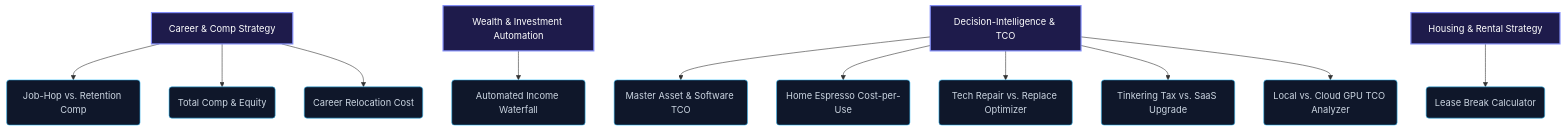
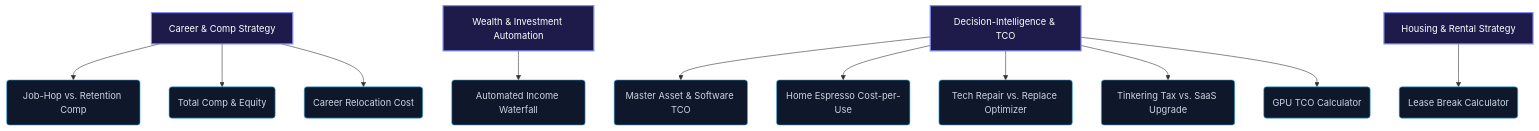
One commit to kotechile/giniloh changed the diagram in giniloh_calculators.md. Above: the diagram before and after it, drawn with Mermaid. The commit also changed other lines of this file and 3 other files, not shown here.

Commit message:
Refactor: Rename Local vs. Cloud GPU TCO Analyzer to GPU TCO Calculator

````diff
--- a/giniloh_calculators.md
+++ b/giniloh_calculators.md
@@ -9,19 +9,19 @@
 ```mermaid
 graph TD
     classDef category fill:#1e1b4b,stroke:#818cf8,stroke-width:2px,color:#fff;
     classDef tool fill:#0f172a,stroke:#38bdf8,stroke-width:1px,color:#cbd5e1;
 
     C1[Career & Comp Strategy]:::category --> T1(Job-Hop vs. Retention Comp):::tool
     C1 --> T2(Total Comp & Equity):::tool
     C1 --> T3(Career Relocation Cost):::tool
 
     C2[Wealth & Investment Automation]:::category --> T4(Automated Income Waterfall):::tool
 
     C3[Decision-Intelligence & TCO]:::category --> T5(Master Asset & Software TCO):::tool
     C3 --> T6(Home Espresso Cost-per-Use):::tool
     C3 --> T7(Tech Repair vs. Replace Optimizer):::tool
     C3 --> T8(Tinkering Tax vs. SaaS Upgrade):::tool
-    C3 --> T9(Local vs. Cloud GPU TCO Analyzer):::tool
+    C3 --> T9(GPU TCO Calculator):::tool
 
     C4[Housing & Rental Strategy]:::category --> T10(Lease Break Calculator):::tool
 ```
````
